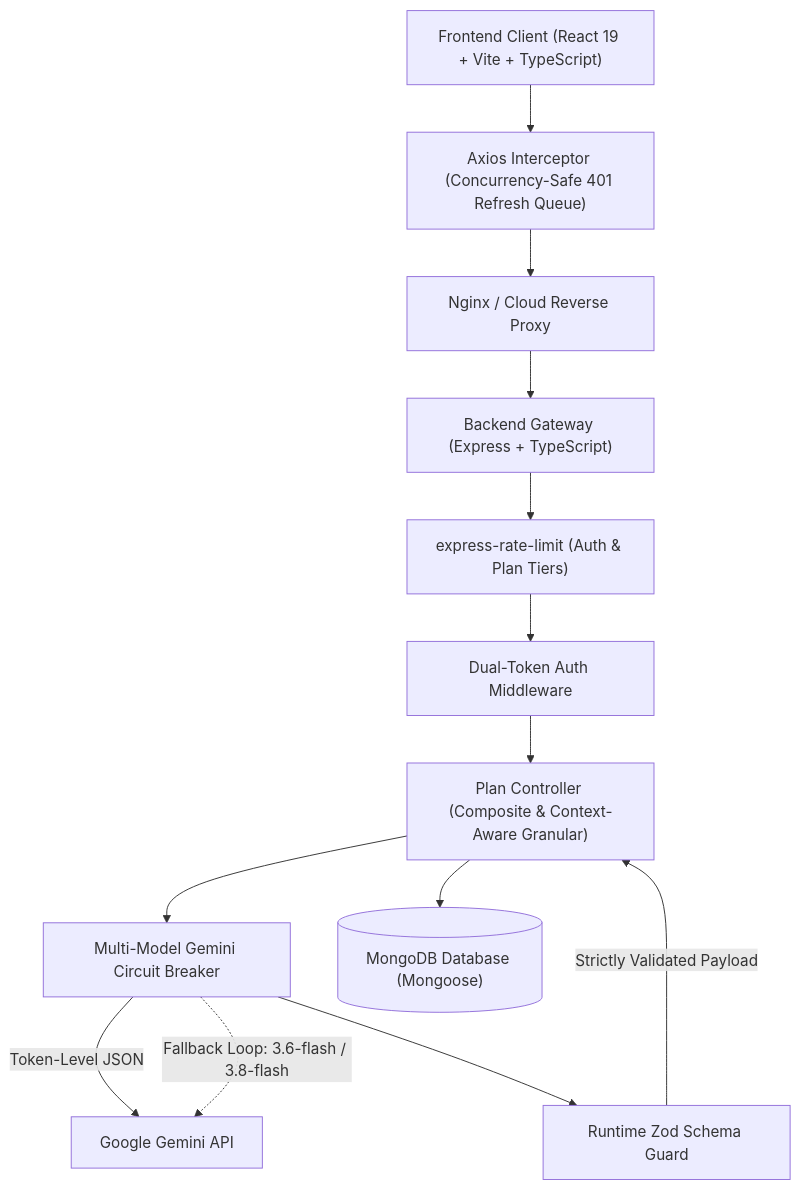
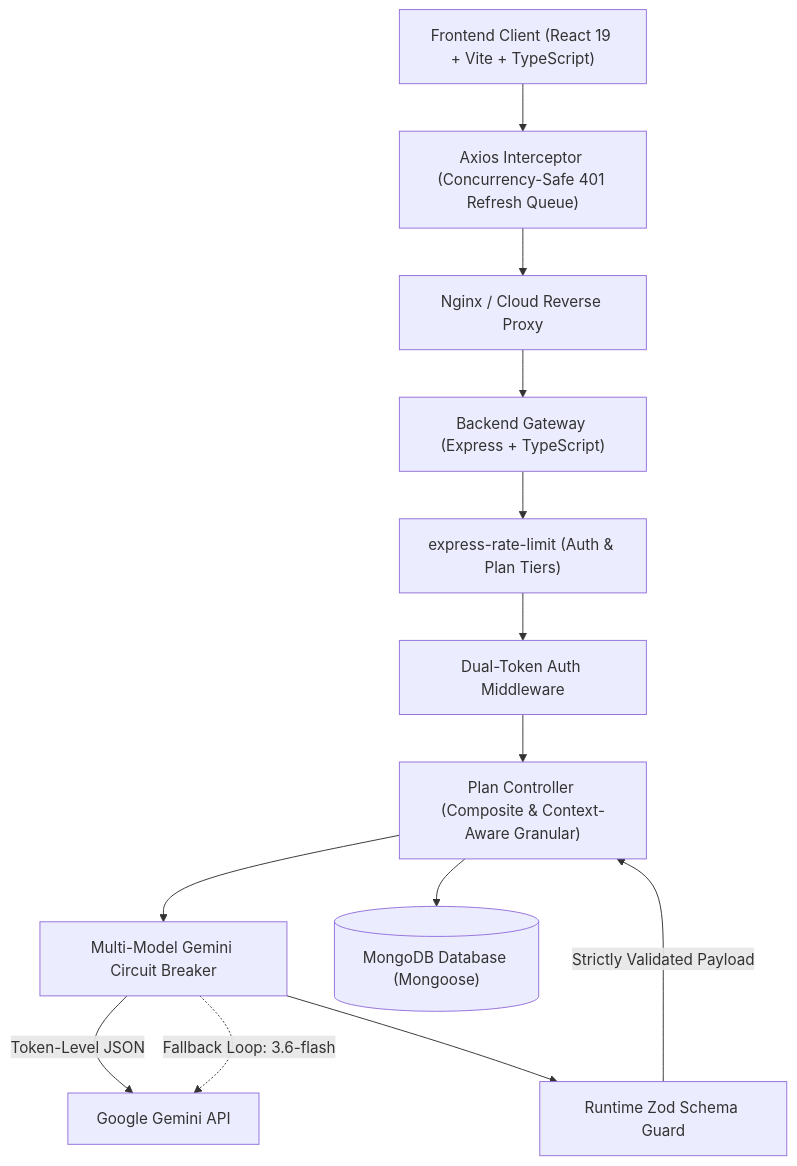
The diagram in PROJECT_DOCUMENTATION.md (Vanshjaiswal-Dev/AI-product-manager), drawn with Mermaid before and after one commit. The commit also changed other lines of this file and 2 other files, not shown here.

Commit message:
refactor: remove gemini-3.8-flash from fallback pool and add geminiHelper utility

````diff
--- a/PROJECT_DOCUMENTATION.md
+++ b/PROJECT_DOCUMENTATION.md
@@ -70,26 +70,26 @@
 ```mermaid
 graph TD
     Client["Frontend Client (React 19 + Vite + TypeScript)"]
     AxiosInt["Axios Interceptor (Concurrency-Safe 401 Refresh Queue)"]
     ReverseProxy["Nginx / Cloud Reverse Proxy"]
     Server["Backend Gateway (Express + TypeScript)"]
     RateLimiter["express-rate-limit (Auth & Plan Tiers)"]
     AuthMid["Dual-Token Auth Middleware"]
     PlanCtrl["Plan Controller (Composite & Context-Aware Granular)"]
     GeminiHelper["Multi-Model Gemini Circuit Breaker"]
     ZodGuard["Runtime Zod Schema Guard"]
     MongoDB[("MongoDB Database (Mongoose)")]
 
     Client --> AxiosInt
     AxiosInt --> ReverseProxy
     ReverseProxy --> Server
     Server --> RateLimiter
     RateLimiter --> AuthMid
     AuthMid --> PlanCtrl
     PlanCtrl --> GeminiHelper
     GeminiHelper -->|Token-Level JSON| GeminiAPI["Google Gemini API"]
-    GeminiHelper -.->|Fallback Loop: 3.6-flash / 3.8-flash| GeminiAPI
+    GeminiHelper -.->|Fallback Loop: 3.6-flash| GeminiAPI
     GeminiHelper --> ZodGuard
     ZodGuard -->|Strictly Validated Payload| PlanCtrl
     PlanCtrl --> MongoDB
 ```
````
